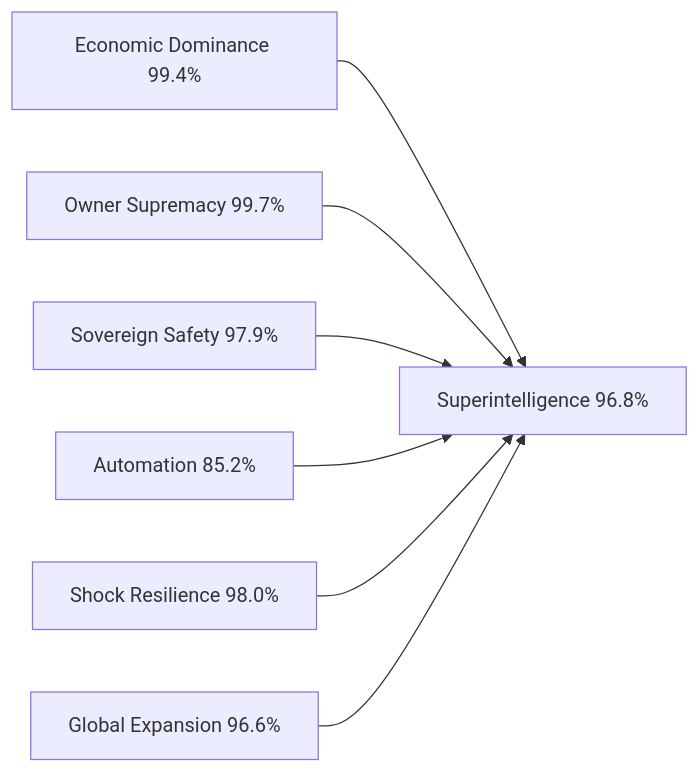
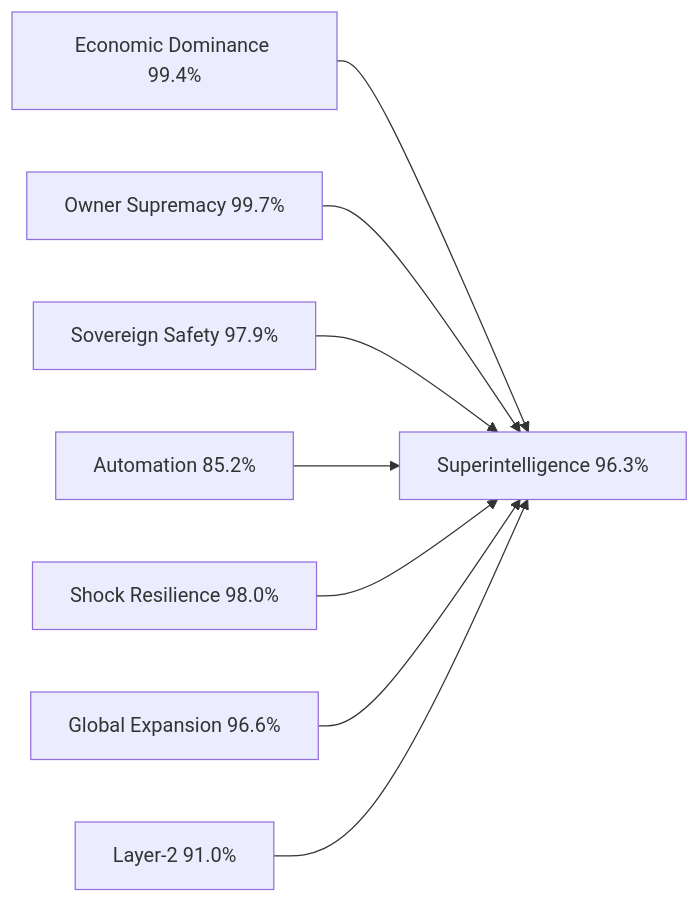
Before and after one commit to MontrealAI/AGIJobsv0: the diagram in demo/Economic-Power-v0/reports/super-intelligence.mmd, drawn with Mermaid. The commit also changed 23 other files, not shown here.

Commit message:
Add layer-2 readiness control deck to Economic Power demo

```diff
--- a/demo/Economic-Power-v0/reports/super-intelligence.mmd
+++ b/demo/Economic-Power-v0/reports/super-intelligence.mmd
@@ -1,7 +1,8 @@
 graph LR
-  EconomicDominance["Economic Dominance 99.4%"] --> Apex["Superintelligence 96.8%"]
+  EconomicDominance["Economic Dominance 99.4%"] --> Apex["Superintelligence 96.3%"]
   OwnerSupremacy["Owner Supremacy 99.7%"] --> Apex
   SovereignSafety["Sovereign Safety 97.9%"] --> Apex
   Automation["Automation 85.2%"] --> Apex
   ShockResilience["Shock Resilience 98.0%"] --> Apex
   GlobalExpansion["Global Expansion 96.6%"] --> Apex
+  Layer2["Layer-2 91.0%"] --> Apex
```
